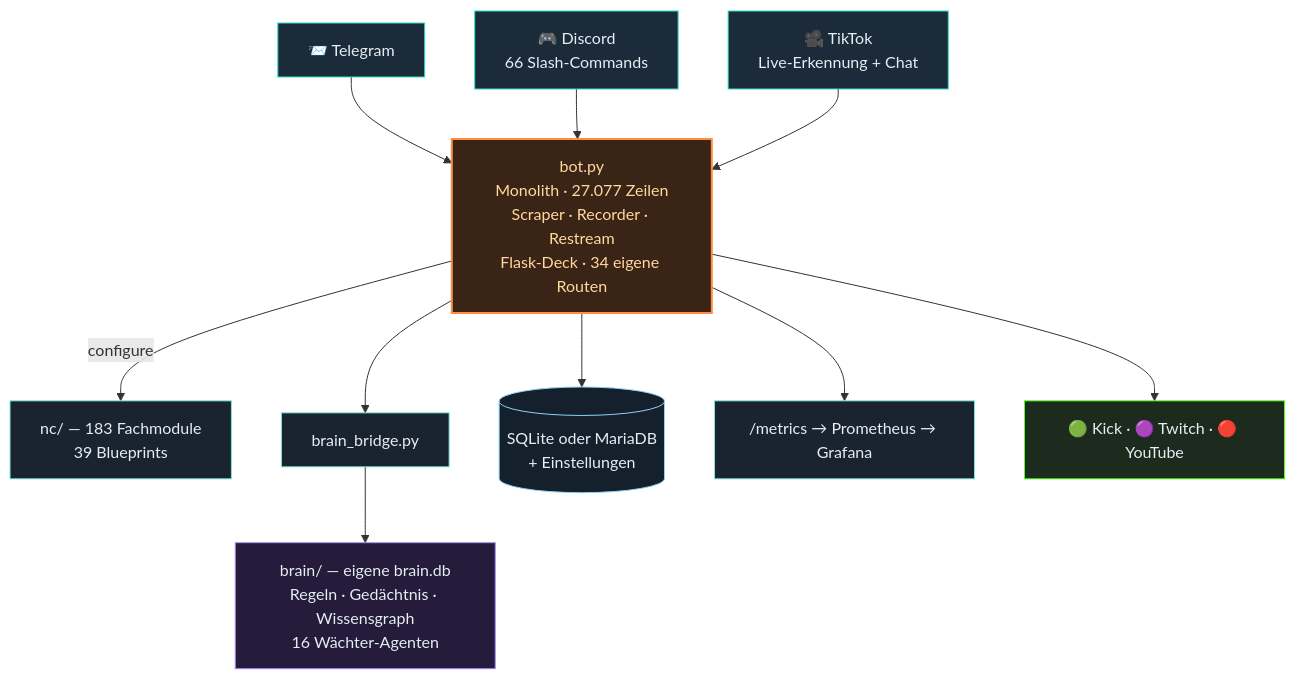
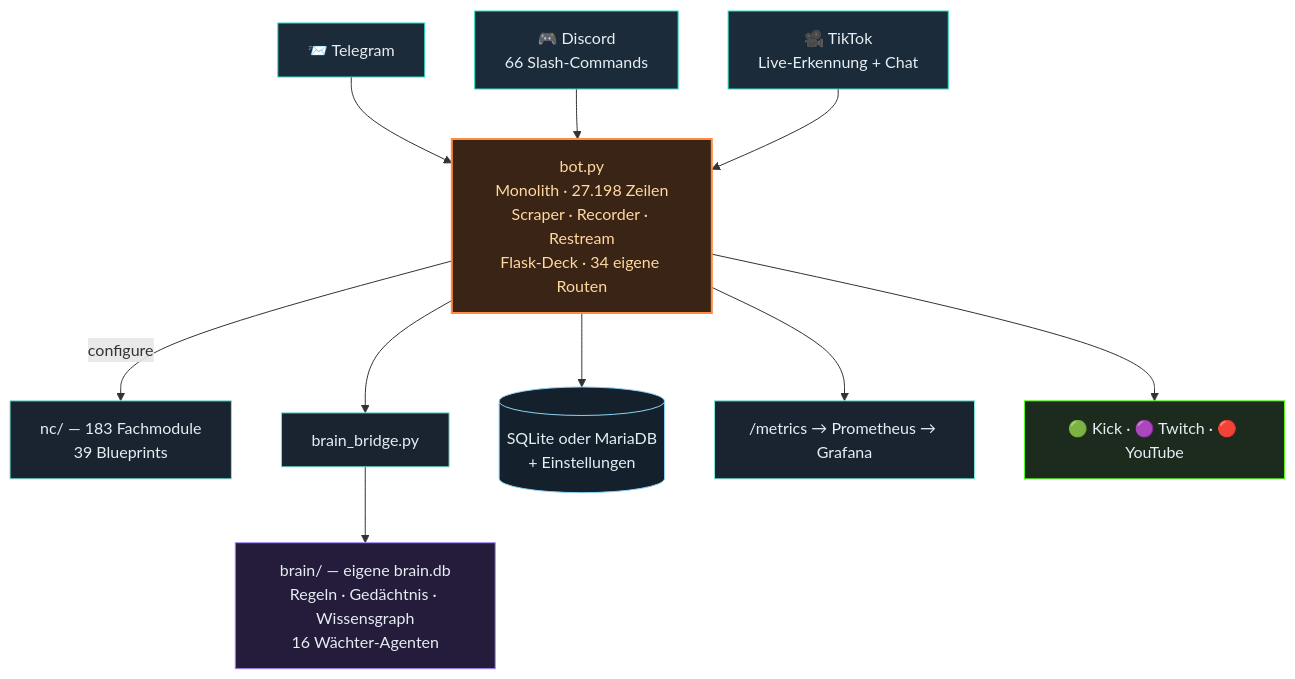
Before and after one commit to itsamemedev/Telegram-Stream-Info-Bot: the second of 3 diagrams in README.md, drawn with Mermaid. The commit also changed other lines of this file and 15 other files, not shown here.

````diff
--- a/README.md
+++ b/README.md
@@ -118,19 +118,19 @@
 ```mermaid
 flowchart TB
     TG["📨 Telegram"]:::ein --> BOT
     DC["🎮 Discord<br/>66 Slash-Commands"]:::ein --> BOT
     TT["🎥 TikTok<br/>Live-Erkennung + Chat"]:::ein --> BOT
-    BOT["bot.py<br/>Monolith · 27.077 Zeilen<br/>Scraper · Recorder · Restream<br/>Flask-Deck · 34 eigene Routen"]:::core
+    BOT["bot.py<br/>Monolith · 27.198 Zeilen<br/>Scraper · Recorder · Restream<br/>Flask-Deck · 34 eigene Routen"]:::core
     BOT -->|configure| NC["nc/ — 183 Fachmodule<br/>39 Blueprints"]:::lib
     BOT --> BR["brain_bridge.py"]:::lib
     BR --> BRAIN["brain/ — eigene brain.db<br/>Regeln · Gedächtnis · Wissensgraph<br/>16 Wächter-Agenten"]:::brain
     BOT --> DB[("SQLite oder MariaDB<br/>+ Einstellungen")]:::db
     BOT --> PROM["/metrics → Prometheus → Grafana"]:::lib
     BOT --> OUT["🟢 Kick · 🟣 Twitch · 🔴 YouTube"]:::out
     classDef ein fill:#1c2b3a,stroke:#2de1c2,color:#e6edf3
     classDef core fill:#3a2415,stroke:#ff8c42,stroke-width:2px,color:#ffd9a0
     classDef lib fill:#1a2430,stroke:#7fe7d4,color:#e6edf3
     classDef brain fill:#241c3a,stroke:#a78bfa,color:#e6edf3
     classDef db fill:#14202c,stroke:#8fd3f4,color:#e6edf3
     classDef out fill:#1c2b1e,stroke:#53fc18,color:#e6edf3
 ```
````
